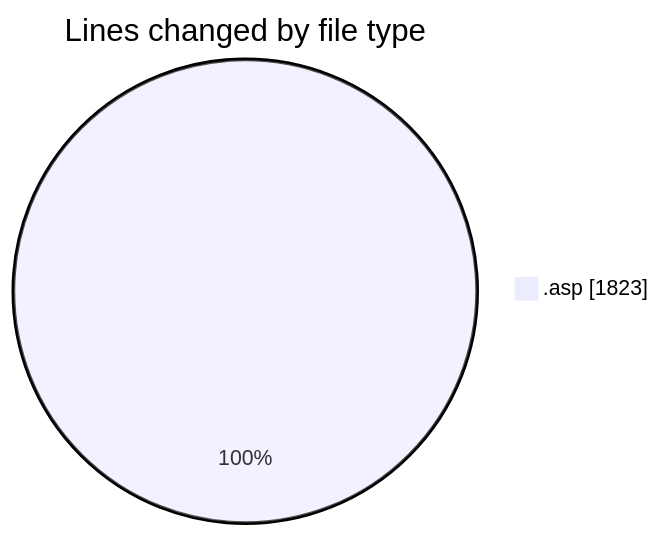
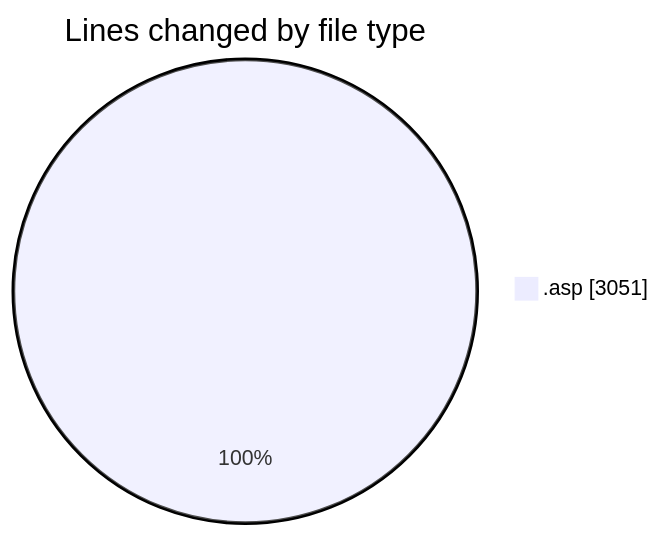
Before and after one commit to julien-gomy/code-tracking: the first of 2 diagrams in 2025-10-11/cdp_aleoudev_fr__workspace_/README.md, drawn with Mermaid. The commit also changed other lines of this file and 1 other file, not shown here.

````diff
--- a/2025-10-11/cdp_aleoudev_fr__workspace_/README.md
+++ b/2025-10-11/cdp_aleoudev_fr__workspace_/README.md
@@ -24,5 +25,5 @@
 ```mermaid
 pie showData
 title Lines changed by file type
-".asp" : 1823
+".asp" : 3051
 ```
````
